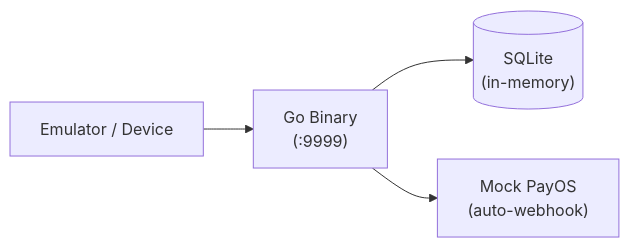
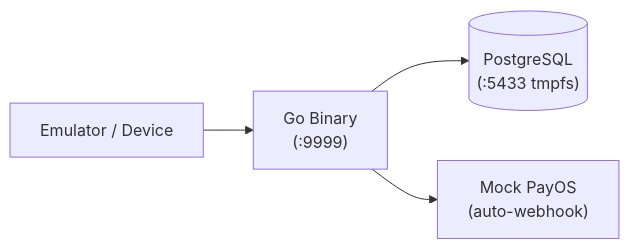
One commit to nhannht/viecz changed the tenth of 10 diagrams in docs/technical/ARCHITECTURE.md. Above: the diagram before and after it, drawn with Mermaid. The commit also changed other lines of this file and 22 other files, not shown here.

First line of the commit message:
feat: Migrate test server to PostgreSQL, add "Your Task" badge, E2E tests (KNS-62)

````diff
--- a/docs/technical/ARCHITECTURE.md
+++ b/docs/technical/ARCHITECTURE.md
@@ -878,11 +878,11 @@
 ```mermaid
 graph LR
     Device["Emulator / Device"]
     GoBinary["Go Binary<br/>(:9999)"]
-    SQLite[("SQLite<br/>(in-memory)")]
+    PostgreSQLTest[("PostgreSQL<br/>(:5433 tmpfs)")]
     MockPayOS["Mock PayOS<br/>(auto-webhook)"]
 
     Device --> GoBinary
-    GoBinary --> SQLite
+    GoBinary --> PostgreSQLTest
     GoBinary --> MockPayOS
 ```
````
